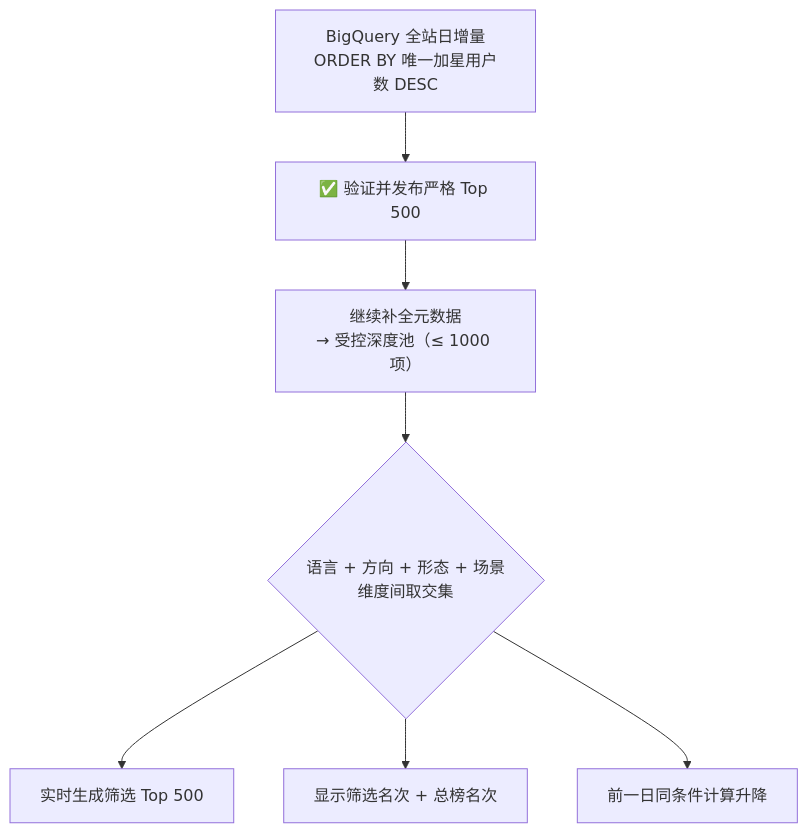
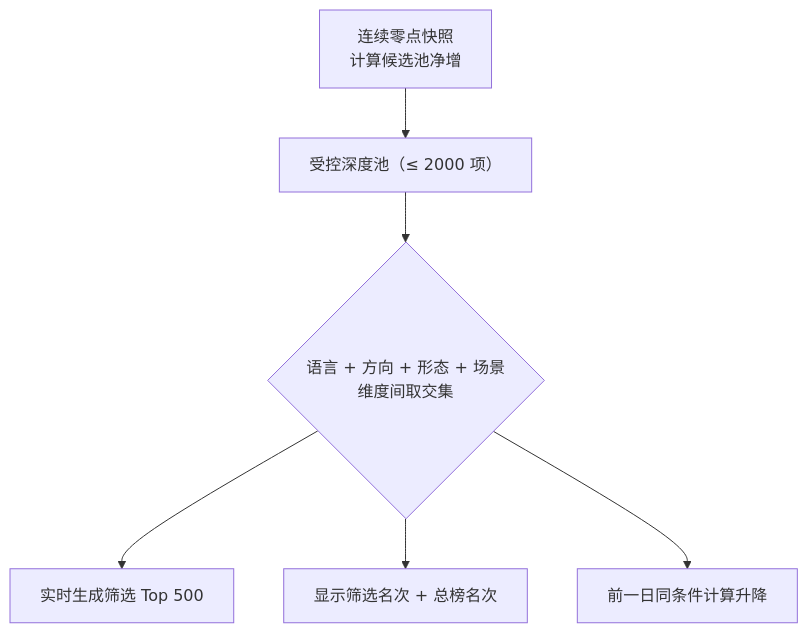
Before and after one commit to 728792899-create/open-source-star-rank: the second of 2 diagrams in README.md, drawn with Mermaid. The commit also changed other lines of this file and 27 other files, not shown here.

````diff
--- a/README.md
+++ b/README.md
@@ -107,9 +97,8 @@
 ```mermaid
 flowchart TD
-    Q["BigQuery 全站日增量<br/>ORDER BY 唯一加星用户数 DESC"] --> T["✅ 验证并发布严格 Top 500"]
-    T --> P["继续补全元数据<br/>→ 受控深度池（≤ 1000 项）"]
+    Q["连续零点快照<br/>计算候选池净增"] --> P["受控深度池（≤ 2000 项）"]
     P --> SPLIT{"语言 + 方向 + 形态 + 场景<br/>维度间取交集"}
     SPLIT --> L["实时生成筛选 Top 500"]
     SPLIT --> D["显示筛选名次 + 总榜名次"]
     SPLIT --> F["前一日同条件计算升降"]
 ```
````
